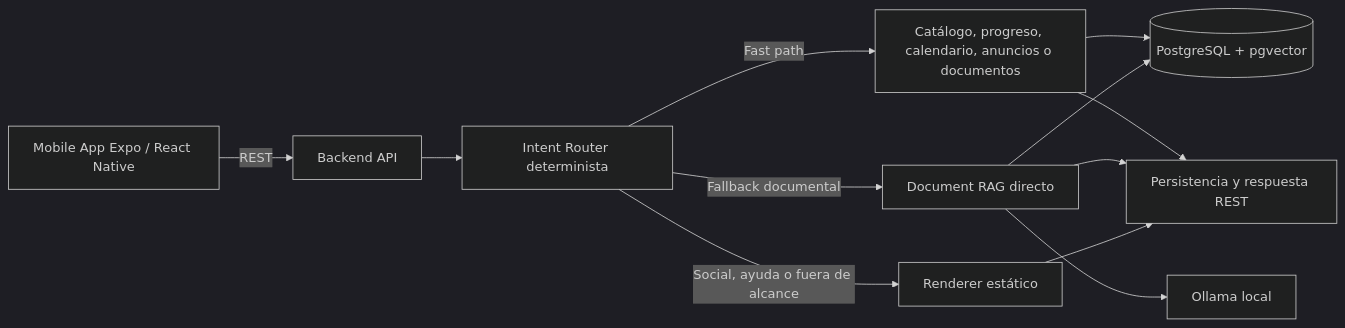
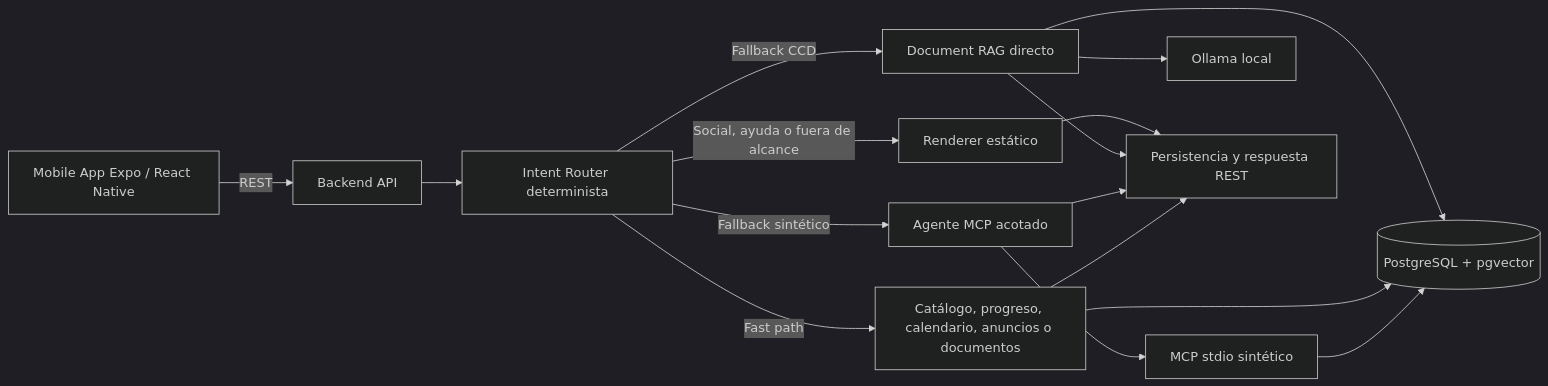
Before and after one commit to XeyKG/BanuChat_: the second of 4 diagrams in docs/arquitectura.md, drawn with Mermaid (dark theme). The commit also changed other lines of this file and 11 other files, not shown here.

First line of the commit message:
Integra agente MCP acotado en fallback sintético

````diff
--- a/docs/arquitectura.md
+++ b/docs/arquitectura.md
@@ -97,14 +97,18 @@
 ```mermaid
 flowchart LR
     mobile["Mobile App Expo / React Native"] -->|"REST"| api["Backend API"]
     api --> router["Intent Router determinista"]
     router -->|"Fast path"| fast["Catálogo, progreso, calendario, anuncios o documentos"]
     router -->|"Social, ayuda o fuera de alcance"| static["Renderer estático"]
-    router -->|"Fallback documental"| rag["Document RAG directo"]
+    router -->|"Fallback sintético"| agent["Agente MCP acotado"]
+    router -->|"Fallback CCD"| rag["Document RAG directo"]
+    agent --> mcp["MCP stdio sintético"]
+    mcp --> db
     fast --> db[("PostgreSQL + pgvector")]
     rag --> db
     rag --> ollama["Ollama local"]
     fast --> reply["Persistencia y respuesta REST"]
+    agent --> reply
     rag --> reply
     static --> reply
 ```
````
